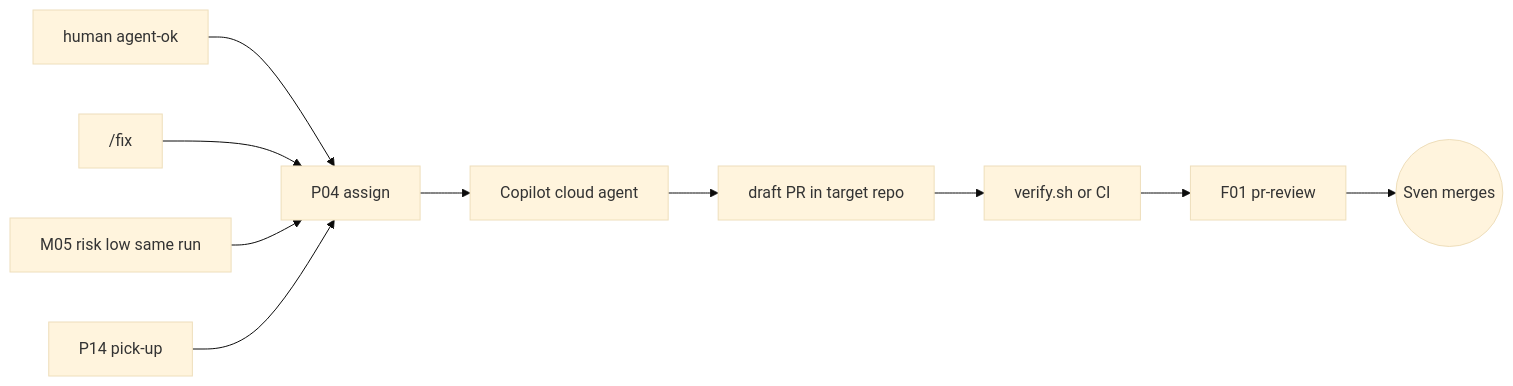
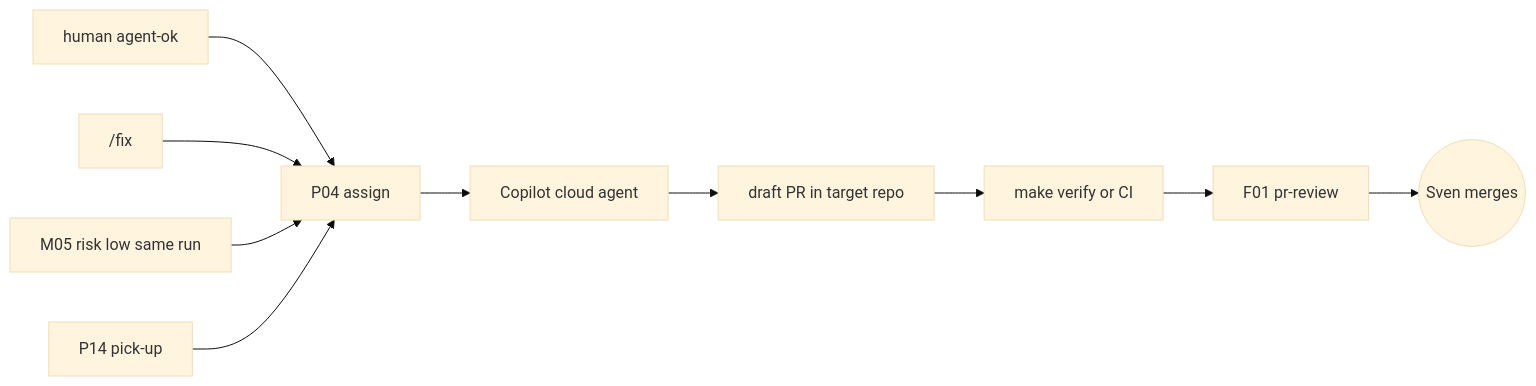
The second of 2 diagrams in docs/pbi/multi-repo/P04-research-plan-assign-copilot.md (svennijhuis/agentic-workflows), drawn with Mermaid (base theme) before and after one commit. The commit also changed other lines of this file and 986 other files, not shown here.

````diff
--- a/docs/pbi/multi-repo/P04-research-plan-assign-copilot.md
+++ b/docs/pbi/multi-repo/P04-research-plan-assign-copilot.md
@@ -65,12 +65,12 @@
 ```mermaid
 flowchart LR
   OK[human agent-ok] --> P04[P04 assign]
   FIX["/fix"] --> P04
   M05[M05 risk low same run] --> P04
   P14[P14 pick-up] --> P04
   P04 --> CA[Copilot cloud agent]
   CA --> PR[draft PR in target repo]
-  PR --> V[verify.sh or CI]
+  PR --> V[make verify or CI]
   V --> F01[F01 pr-review]
   F01 --> SV((Sven merges))
 ```
````
